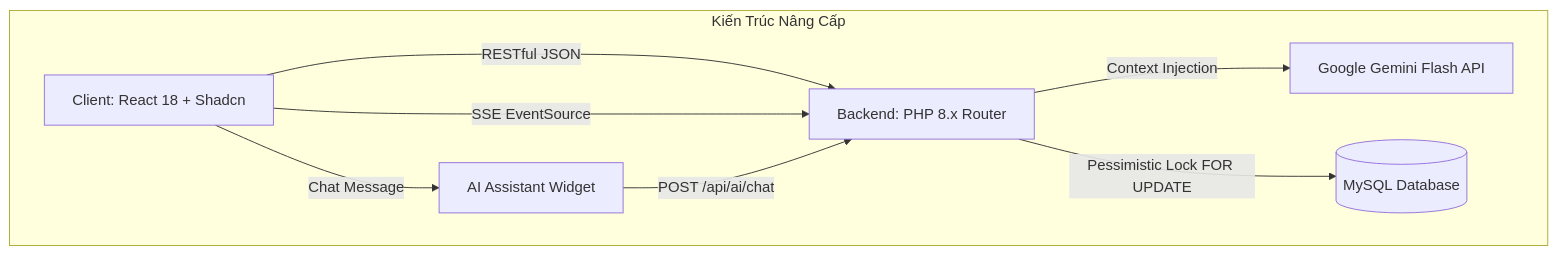
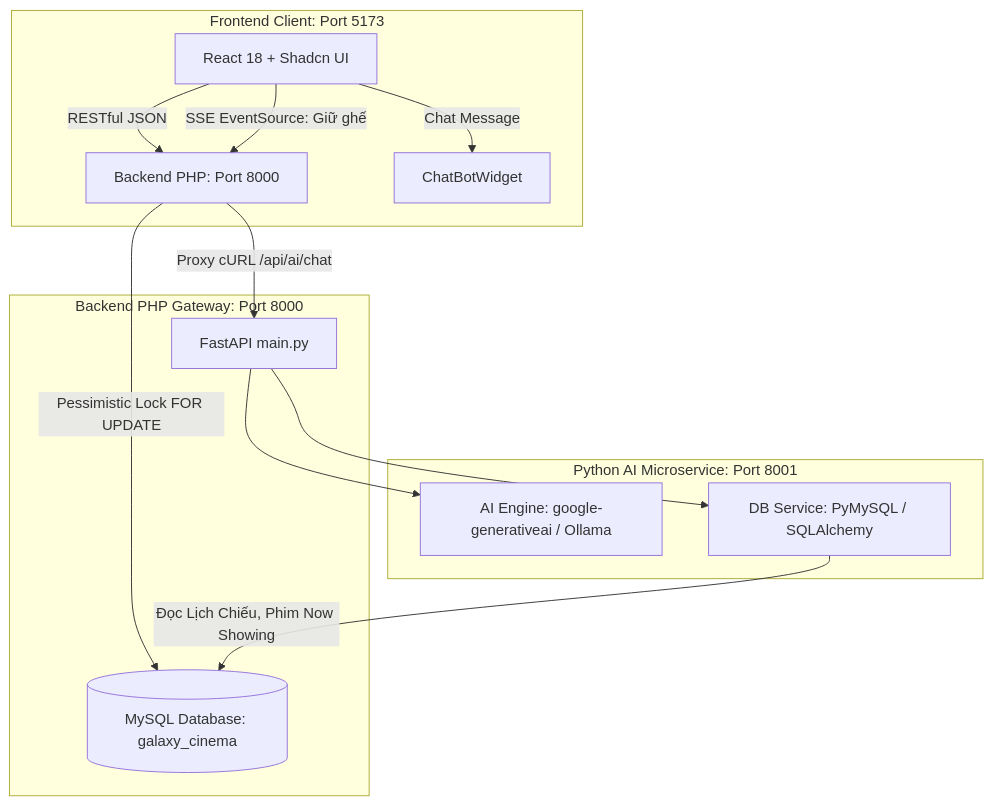
The first of 2 diagrams in Cinema-Booking-System-main/docs/KE_HOACH_NANG_CAP_5_NGUOI.md (BenSin33/project-management), drawn with Mermaid before and after one commit. The commit also changed other lines of this file and 2 other files, not shown here.

````diff
--- a/Cinema-Booking-System-main/docs/KE_HOACH_NANG_CAP_5_NGUOI.md
+++ b/Cinema-Booking-System-main/docs/KE_HOACH_NANG_CAP_5_NGUOI.md
@@ -36,11 +36,19 @@
 ```mermaid
 graph TD
-    subgraph Kiến Trúc Nâng Cấp
-        A[Client: React 18 + Shadcn] -->|RESTful JSON| B[Backend: PHP 8.x Router]
-        A -->|SSE EventSource| B
-        A -->|Chat Message| C[AI Assistant Widget]
-        C -->|POST /api/ai/chat| B
-        B -->|Context Injection| D[Google Gemini Flash API]
-        B -->|Pessimistic Lock FOR UPDATE| E[(MySQL Database)]
+    subgraph Frontend Client: Port 5173
+        A[React 18 + Shadcn UI] -->|RESTful JSON| B[Backend PHP: Port 8000]
+        A -->|SSE EventSource: Giữ ghế| B
+        A -->|Chat Message| C[ChatBotWidget]
+    end
+
+    subgraph Backend PHP Gateway: Port 8000
+        B -->|Pessimistic Lock FOR UPDATE| E[(MySQL Database: galaxy_cinema)]
+        B -->|Proxy cURL /api/ai/chat| D[Python AI Microservice: Port 8001]
+    end
+
+    subgraph Python AI Microservice: Port 8001
+        D[FastAPI main.py] --> F[AI Engine: google-generativeai / Ollama]
+        D --> G[DB Service: PyMySQL / SQLAlchemy]
+        G -->|Đọc Lịch Chiếu, Phim Now Showing| E
     end
 ```
````
